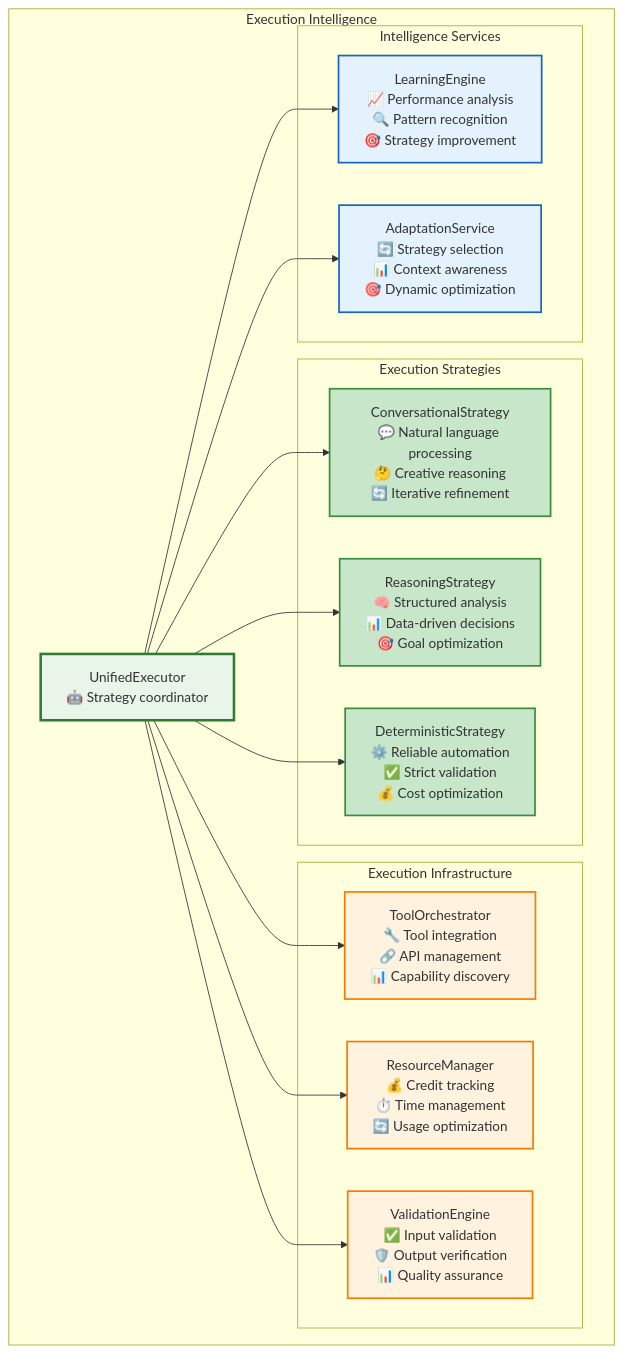
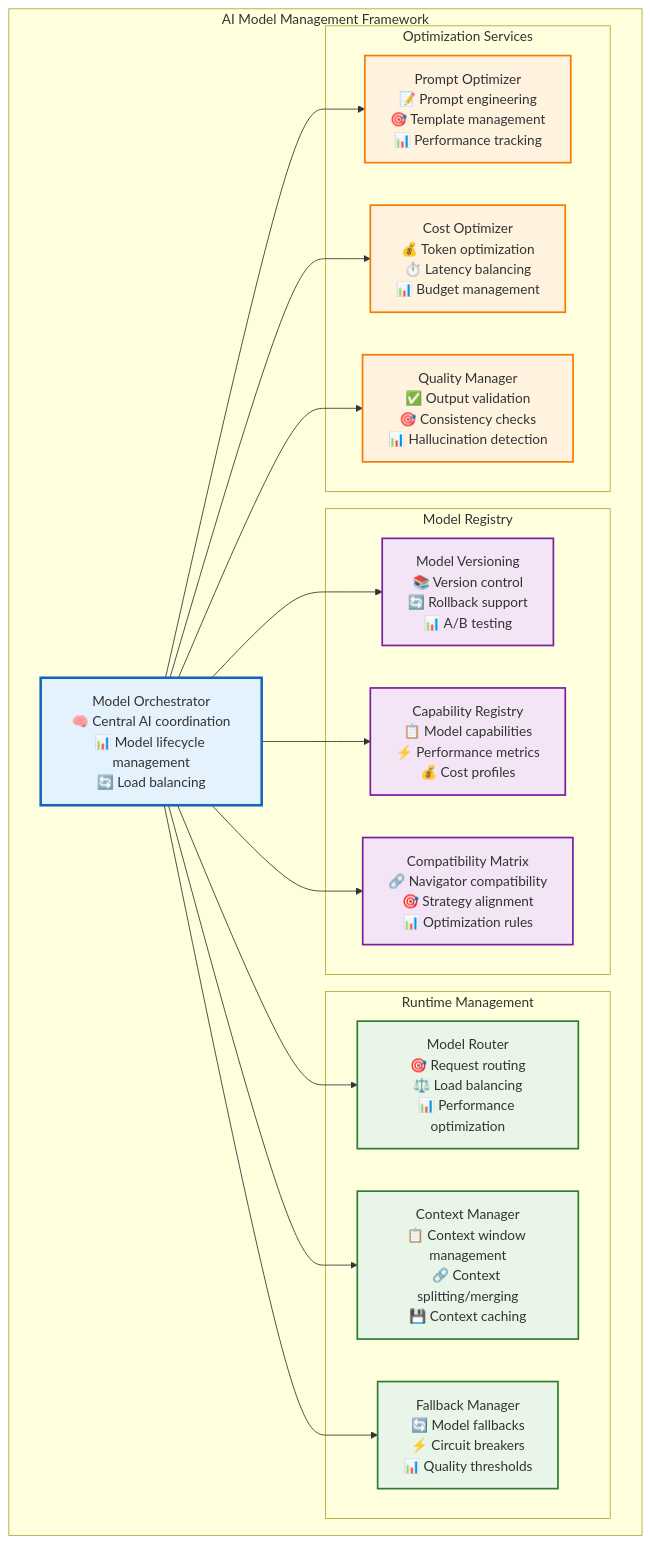
One commit to Vrooli/Vrooli changed diagram 11 of 25 in docs/ai-execution-architecture.md. Above: the diagram before and after it, drawn with Mermaid. The commit also changed other lines of this file, not shown here.

Commit message:
Execution architecture p3

````diff
--- a/docs/ai-execution-architecture.md
+++ b/docs/ai-execution-architecture.md
@@ -392,42 +631,44 @@
 ```mermaid
 graph TB
-    subgraph "Execution Intelligence"
-        UnifiedExecutor[UnifiedExecutor<br/>🤖 Strategy coordinator]
+    subgraph "AI Model Management Framework"
+        ModelOrchestrator[Model Orchestrator<br/>🧠 Central AI coordination<br/>📊 Model lifecycle management<br/>🔄 Load balancing]
         
-        subgraph "Execution Strategies"
-            ConversationalStrategy[ConversationalStrategy<br/>💬 Natural language processing<br/>🤔 Creative reasoning<br/>🔄 Iterative refinement]
-            ReasoningStrategy[ReasoningStrategy<br/>🧠 Structured analysis<br/>📊 Data-driven decisions<br/>🎯 Goal optimization]
-            DeterministicStrategy[DeterministicStrategy<br/>⚙️ Reliable automation<br/>✅ Strict validation<br/>💰 Cost optimization]
+        subgraph "Model Registry"
+            ModelVersioning[Model Versioning<br/>📚 Version control<br/>🔄 Rollback support<br/>📊 A/B testing]
+            CapabilityRegistry[Capability Registry<br/>📋 Model capabilities<br/>⚡ Performance metrics<br/>💰 Cost profiles]
+            CompatibilityMatrix[Compatibility Matrix<br/>🔗 Navigator compatibility<br/>🎯 Strategy alignment<br/>📊 Optimization rules]
         end
         
-        subgraph "Execution Infrastructure"
-            ToolOrchestrator[ToolOrchestrator<br/>🔧 Tool integration<br/>🔗 API management<br/>📊 Capability discovery]
-            ResourceManager[ResourceManager<br/>💰 Credit tracking<br/>⏱️ Time management<br/>🔄 Usage optimization]
-            ValidationEngine[ValidationEngine<br/>✅ Input validation<br/>🛡️ Output verification<br/>📊 Quality assurance]
+        subgraph "Runtime Management"
+            ModelRouter[Model Router<br/>🎯 Request routing<br/>⚖️ Load balancing<br/>📊 Performance optimization]
+            ContextManager[Context Manager<br/>📋 Context window management<br/>🔗 Context splitting/merging<br/>💾 Context caching]
+            FallbackManager[Fallback Manager<br/>🔄 Model fallbacks<br/>⚡ Circuit breakers<br/>📊 Quality thresholds]
         end
         
-        subgraph "Intelligence Services"
-            LearningEngine[LearningEngine<br/>📈 Performance analysis<br/>🔍 Pattern recognition<br/>🎯 Strategy improvement]
-            AdaptationService[AdaptationService<br/>🔄 Strategy selection<br/>📊 Context awareness<br/>🎯 Dynamic optimization]
+        subgraph "Optimization Services"
+            PromptOptimizer[Prompt Optimizer<br/>📝 Prompt engineering<br/>🎯 Template management<br/>📊 Performance tracking]
+            CostOptimizer[Cost Optimizer<br/>💰 Token optimization<br/>⏱️ Latency balancing<br/>📊 Budget management]
+            QualityManager[Quality Manager<br/>✅ Output validation<br/>🎯 Consistency checks<br/>📊 Hallucination detection]
         end
     end
     
-    UnifiedExecutor --> ConversationalStrategy
-    UnifiedExecutor --> ReasoningStrategy
-    UnifiedExecutor --> DeterministicStrategy
-    UnifiedExecutor --> ToolOrchestrator
-    UnifiedExecutor --> ResourceManager
-    UnifiedExecutor --> ValidationEngine
-    UnifiedExecutor --> LearningEngine
-    UnifiedExecutor --> AdaptationService
+    ModelOrchestrator --> ModelVersioning
+    ModelOrchestrator --> CapabilityRegistry
+    ModelOrchestrator --> CompatibilityMatrix
+    ModelOrchestrator --> ModelRouter
+    ModelOrchestrator --> ContextManager
+    ModelOrchestrator --> FallbackManager
+    ModelOrchestrator --> PromptOptimizer
+    ModelOrchestrator --> CostOptimizer
+    ModelOrchestrator --> QualityManager
     
-    classDef executor fill:#e8f5e8,stroke:#2e7d32,stroke-width:3px
-    classDef strategy fill:#c8e6c9,stroke:#388e3c,stroke-width:2px
-    classDef infrastructure fill:#fff3e0,stroke:#f57c00,stroke-width:2px
-    classDef intelligence fill:#e3f2fd,stroke:#1565c0,stroke-width:2px
+    classDef orchestrator fill:#e3f2fd,stroke:#1565c0,stroke-width:3px
+    classDef registry fill:#f3e5f5,stroke:#7b1fa2,stroke-width:2px
+    classDef runtime fill:#e8f5e8,stroke:#2e7d32,stroke-width:2px
+    classDef optimization fill:#fff3e0,stroke:#f57c00,stroke-width:2px
     
-    class UnifiedExecutor executor
-    class ConversationalStrategy,ReasoningStrategy,DeterministicStrategy strategy
-    class ToolOrchestrator,ResourceManager,ValidationEngine infrastructure
-    class LearningEngine,AdaptationService intelligence
+    class ModelOrchestrator orchestrator
+    class ModelVersioning,CapabilityRegistry,CompatibilityMatrix registry
+    class ModelRouter,ContextManager,FallbackManager runtime
+    class PromptOptimizer,CostOptimizer,QualityManager optimization
 ```
````
